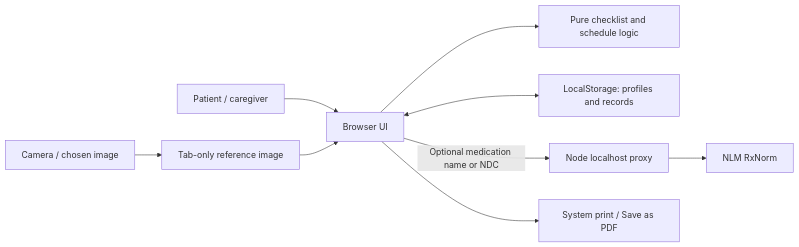
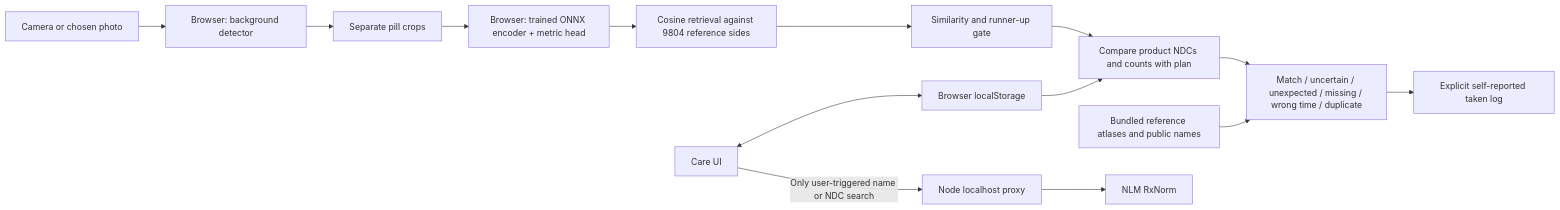
Before and after one commit to brandonlign/pillcheck: the diagram in docs/ARCHITECTURE.md, drawn with Mermaid. The commit also changed other lines of this file and 91 other files, not shown here.

Commit message:
Add on-device trained pill recognition and automatic dose comparison

````diff
--- a/docs/ARCHITECTURE.md
+++ b/docs/ARCHITECTURE.md
@@ -3,11 +3,16 @@
 ```mermaid
 flowchart LR
-  User[Patient / caregiver] --> UI[Browser UI]
-  UI --> Logic[Pure checklist and schedule logic]
-  UI <--> Store[LocalStorage: profiles and records]
-  Camera[Camera / chosen image] --> Memory[Tab-only reference image]
-  Memory --> UI
-  UI -->|Optional medication name or NDC| Proxy[Node localhost proxy]
+  Photo[Camera or chosen photo] --> Detector[Browser: background detector]
+  Detector --> Crops[Separate pill crops]
+  Crops --> ONNX[Browser: trained ONNX encoder + metric head]
+  ONNX --> Gallery[Cosine retrieval against 9804 reference sides]
+  Gallery --> Gate[Similarity and runner-up gate]
+  Gate --> Plan[Compare product NDCs and counts with plan]
+  Plan --> Result[Match / uncertain / unexpected / missing / wrong time / duplicate]
+  Result --> Log[Explicit self-reported taken log]
+  UI[Care UI] <--> Store[Browser localStorage]
+  Store --> Plan
+  Metadata[Bundled reference atlases and public names] --> Result
+  UI -->|Only user-triggered name or NDC search| Proxy[Node localhost proxy]
   Proxy --> NLM[NLM RxNorm]
-  UI --> Print[System print / Save as PDF]
 ```
````
